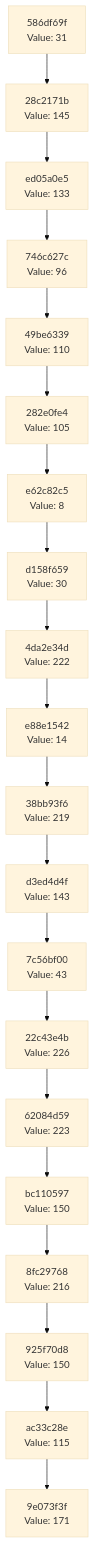
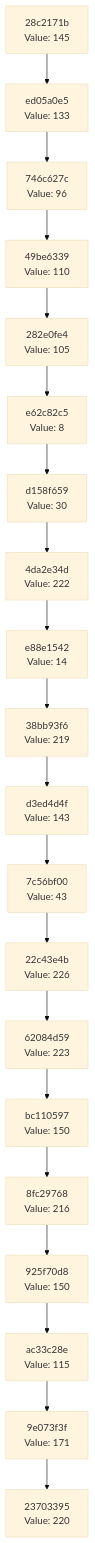
The diagram in docs/CHAIN_VISUALIZATION.md (Abhisheksinha1506/hash-chain-evolver), drawn with Mermaid (base theme) before and after one commit. The commit also changed 3 other files, not shown here.

````diff
--- a/docs/CHAIN_VISUALIZATION.md
+++ b/docs/CHAIN_VISUALIZATION.md
@@ -3,42 +3,42 @@
 ```mermaid
 graph TD
-    C0["9e073f3f<br/>Value: 171"]
-    C1["ac33c28e<br/>Value: 115"]
+    C0["23703395<br/>Value: 220"]
+    C1["9e073f3f<br/>Value: 171"]
     C1 --> C0
-    C2["925f70d8<br/>Value: 150"]
+    C2["ac33c28e<br/>Value: 115"]
     C2 --> C1
-    C3["8fc29768<br/>Value: 216"]
+    C3["925f70d8<br/>Value: 150"]
     C3 --> C2
-    C4["bc110597<br/>Value: 150"]
+    C4["8fc29768<br/>Value: 216"]
     C4 --> C3
-    C5["62084d59<br/>Value: 223"]
+    C5["bc110597<br/>Value: 150"]
     C5 --> C4
-    C6["22c43e4b<br/>Value: 226"]
+    C6["62084d59<br/>Value: 223"]
     C6 --> C5
-    C7["7c56bf00<br/>Value: 43"]
+    C7["22c43e4b<br/>Value: 226"]
     C7 --> C6
-    C8["d3ed4d4f<br/>Value: 143"]
+    C8["7c56bf00<br/>Value: 43"]
     C8 --> C7
-    C9["38bb93f6<br/>Value: 219"]
+    C9["d3ed4d4f<br/>Value: 143"]
     C9 --> C8
-    C10["e88e1542<br/>Value: 14"]
+    C10["38bb93f6<br/>Value: 219"]
     C10 --> C9
-    C11["4da2e34d<br/>Value: 222"]
+    C11["e88e1542<br/>Value: 14"]
     C11 --> C10
-    C12["d158f659<br/>Value: 30"]
+    C12["4da2e34d<br/>Value: 222"]
     C12 --> C11
-    C13["e62c82c5<br/>Value: 8"]
+    C13["d158f659<br/>Value: 30"]
     C13 --> C12
-    C14["282e0fe4<br/>Value: 105"]
+    C14["e62c82c5<br/>Value: 8"]
     C14 --> C13
-    C15["49be6339<br/>Value: 110"]
+    C15["282e0fe4<br/>Value: 105"]
     C15 --> C14
-    C16["746c627c<br/>Value: 96"]
+    C16["49be6339<br/>Value: 110"]
     C16 --> C15
-    C17["ed05a0e5<br/>Value: 133"]
+    C17["746c627c<br/>Value: 96"]
     C17 --> C16
-    C18["28c2171b<br/>Value: 145"]
+    C18["ed05a0e5<br/>Value: 133"]
     C18 --> C17
-    C19["586df69f<br/>Value: 31"]
+    C19["28c2171b<br/>Value: 145"]
     C19 --> C18
 ```
````
